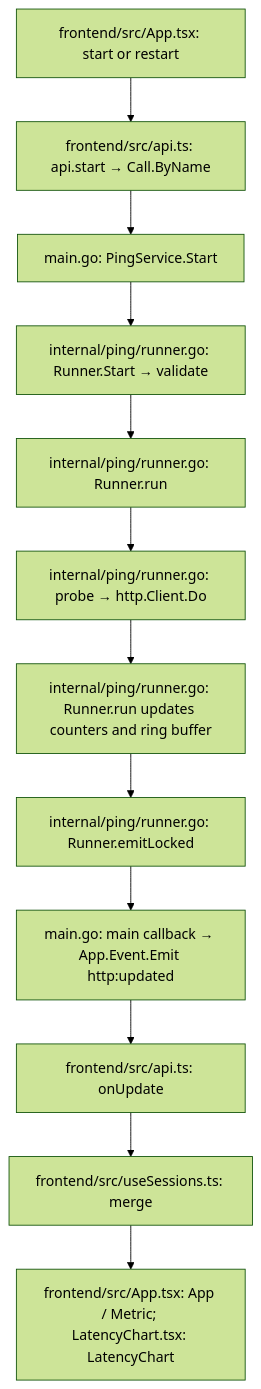
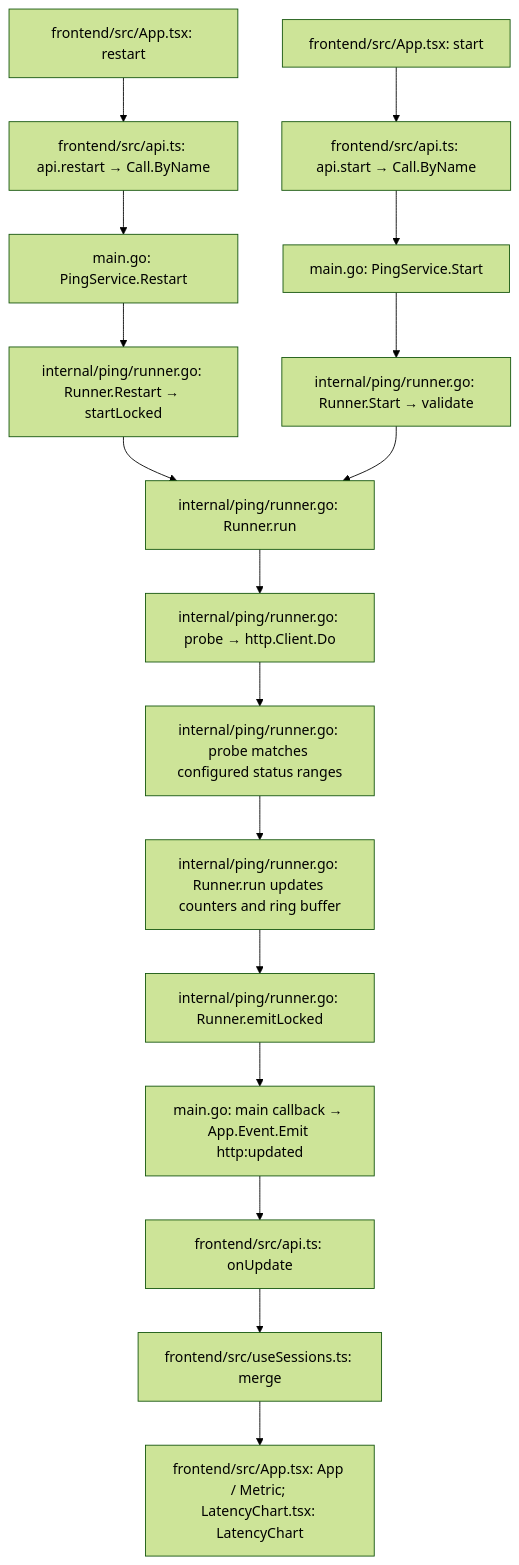
Before and after one commit to djian01/nt_gui: the first of 4 diagrams in docs/api_reference/http-wails-prototype.md, drawn with Mermaid (forest theme). The commit also changed other lines of this file and 9 other files, not shown here.

````diff
--- a/docs/api_reference/http-wails-prototype.md
+++ b/docs/api_reference/http-wails-prototype.md
@@ -33,14 +36,19 @@
 ```mermaid
 flowchart TD
-    A["frontend/src/App.tsx: start or restart"] --> B["frontend/src/api.ts: api.start → Call.ByName"]
+    A["frontend/src/App.tsx: start"] --> B["frontend/src/api.ts: api.start → Call.ByName"]
     B --> C["main.go: PingService.Start"]
     C --> D["internal/ping/runner.go: Runner.Start → validate"]
+    R["frontend/src/App.tsx: restart"] --> S["frontend/src/api.ts: api.restart → Call.ByName"]
+    S --> T["main.go: PingService.Restart"]
+    T --> U["internal/ping/runner.go: Runner.Restart → startLocked"]
+    U --> E
     D --> E["internal/ping/runner.go: Runner.run"]
     E --> F["internal/ping/runner.go: probe → http.Client.Do"]
-    F --> G["internal/ping/runner.go: Runner.run updates counters and ring buffer"]
-    G --> H["internal/ping/runner.go: Runner.emitLocked"]
+    F --> G["internal/ping/runner.go: probe matches configured status ranges"]
+    G --> V["internal/ping/runner.go: Runner.run updates counters and ring buffer"]
+    V --> H["internal/ping/runner.go: Runner.emitLocked"]
     H --> I["main.go: main callback → App.Event.Emit http:updated"]
     I --> J["frontend/src/api.ts: onUpdate"]
     J --> K["frontend/src/useSessions.ts: merge"]
     K --> L["frontend/src/App.tsx: App / Metric; LatencyChart.tsx: LatencyChart"]
 ```
````
